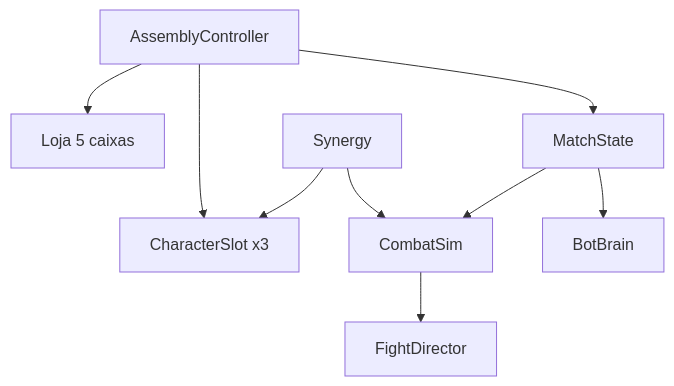
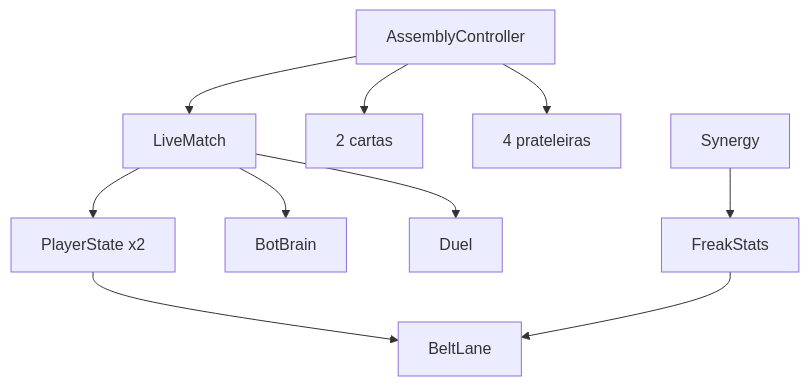
One commit to lupacaco/unbox-fighters changed the diagram in docs/tecnico/arquitetura.md. Above: the diagram before and after it, drawn with Mermaid. The commit also changed other lines of this file and 264 other files, not shown here.

Commit message:
Rebuild the match as a live 1v1 with belts, money, and two new Freaks.

````diff
--- a/docs/tecnico/arquitetura.md
+++ b/docs/tecnico/arquitetura.md
@@ -62,11 +64,12 @@
 ```mermaid
 flowchart TD
-  AC[AssemblyController] --> MS[MatchState]
-  AC --> CS[CharacterSlot x3]
-  AC --> Shop[Loja 5 caixas]
-  MS --> Bot[BotBrain]
-  MS --> Sim[CombatSim]
-  Sim --> FD[FightDirector]
-  Syn[Synergy] --> Sim
-  Syn --> CS
+  AC[AssemblyController] --> LM[LiveMatch]
+  AC --> Cards[2 cartas]
+  AC --> Shop[4 prateleiras]
+  LM --> PS[PlayerState x2]
+  PS --> Lane[BeltLane]
+  LM --> Bot[BotBrain]
+  LM --> Duel[Duel]
+  Syn[Synergy] --> Stats[FreakStats]
+  Stats --> Lane
 ```
````
